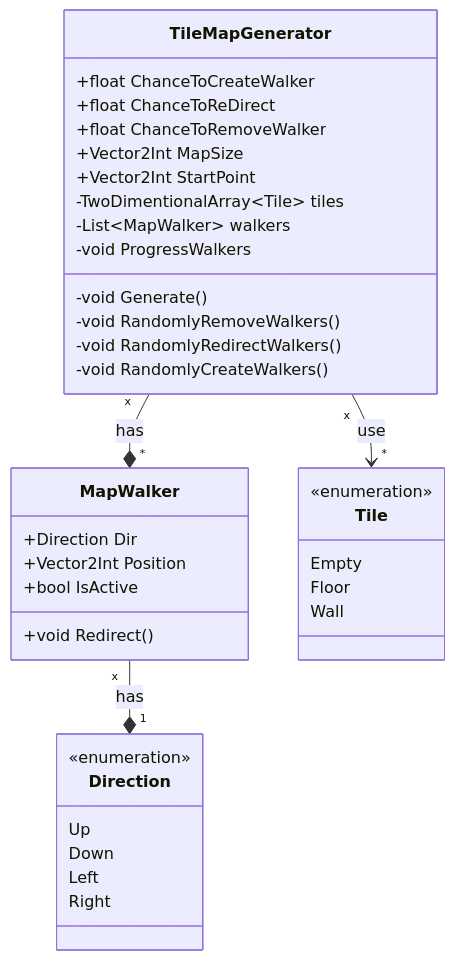
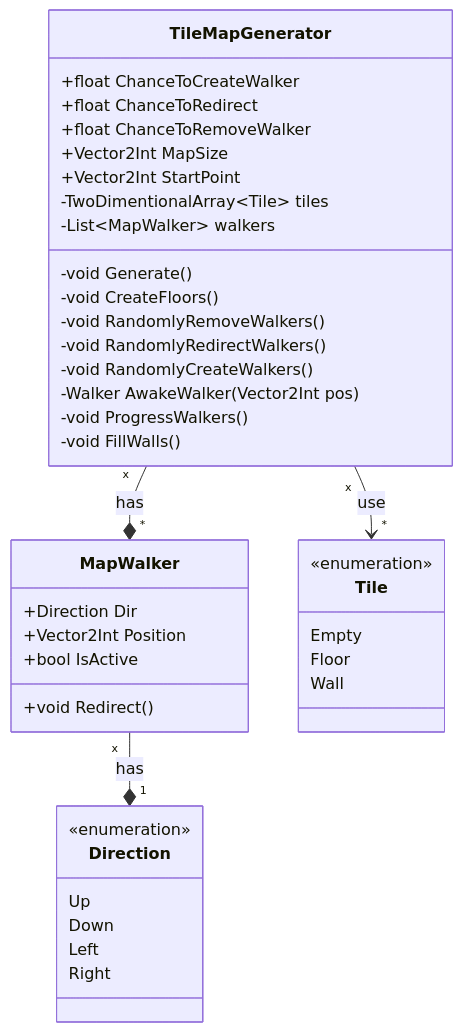
The first of 2 diagrams in Assets/SHG/README.md (KGA-TeamProject/Base), drawn with Mermaid before and after one commit. The commit also changed 1 other file, not shown here.

Commit message:
[Feat] TileMapGenerator 추가

````diff
--- a/Assets/SHG/README.md
+++ b/Assets/SHG/README.md
@@ -2,45 +2,48 @@
 ```mermaid
 classDiagram
 
   TileMapGenerator "x" --* "*" MapWalker: has
   TileMapGenerator "x" --> "*" Tile: use
   MapWalker "x" --* "1" Direction: has
 
   class TileMapGenerator {
     +float ChanceToCreateWalker
-    +float ChanceToReDirect
+    +float ChanceToRedirect
     +float ChanceToRemoveWalker
     +Vector2Int MapSize
     +Vector2Int StartPoint
 
     -TwoDimentionalArray~Tile~ tiles
     -List~MapWalker~ walkers
     -void Generate()
+    -void CreateFloors()
     -void RandomlyRemoveWalkers()
     -void RandomlyRedirectWalkers()
     -void RandomlyCreateWalkers()
-    -void ProgressWalkers
+    -Walker AwakeWalker(Vector2Int pos)
+    -void ProgressWalkers()
+    -void FillWalls()
   }
 
   class Tile {
     <<enumeration>>
     Empty
     Floor
     Wall
   }
 
   class MapWalker {
     +Direction Dir
     +Vector2Int Position
     +bool IsActive
     +void Redirect()
   }
 
   class Direction {
     <<enumeration>>
     Up
     Down
     Left
     Right
   }
 ```
````
